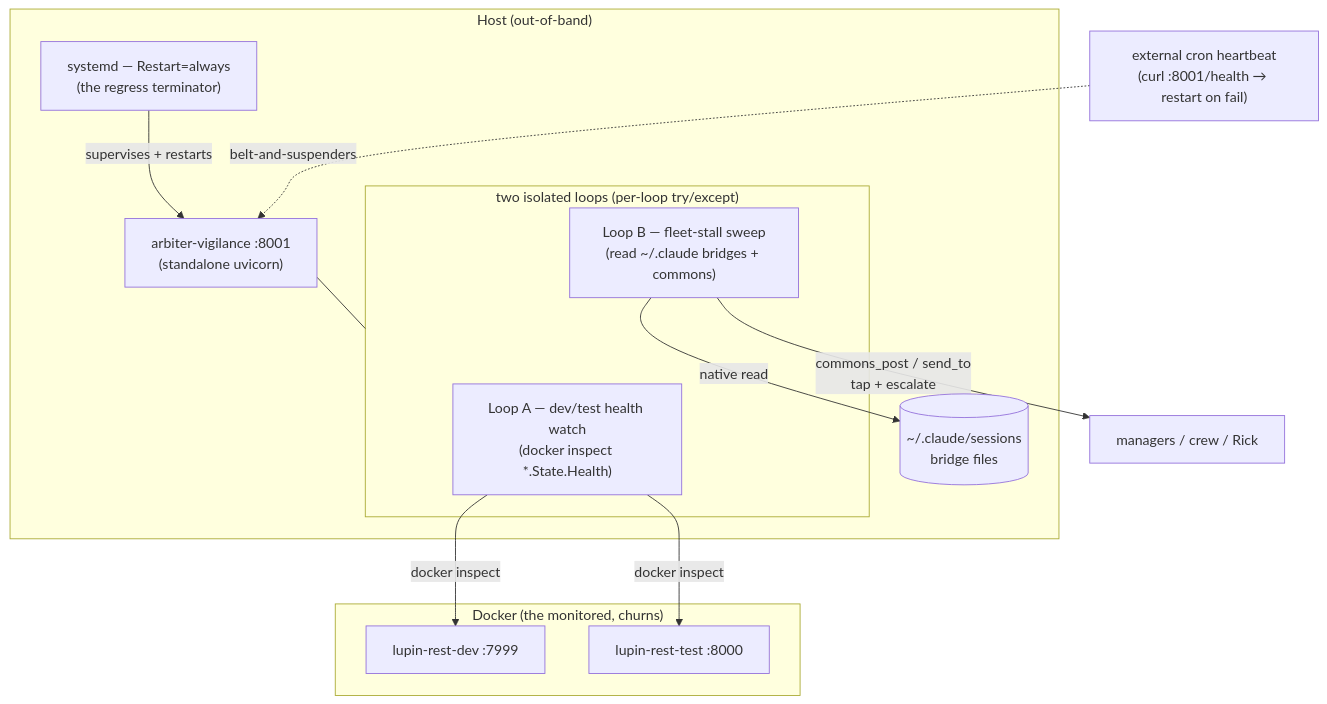
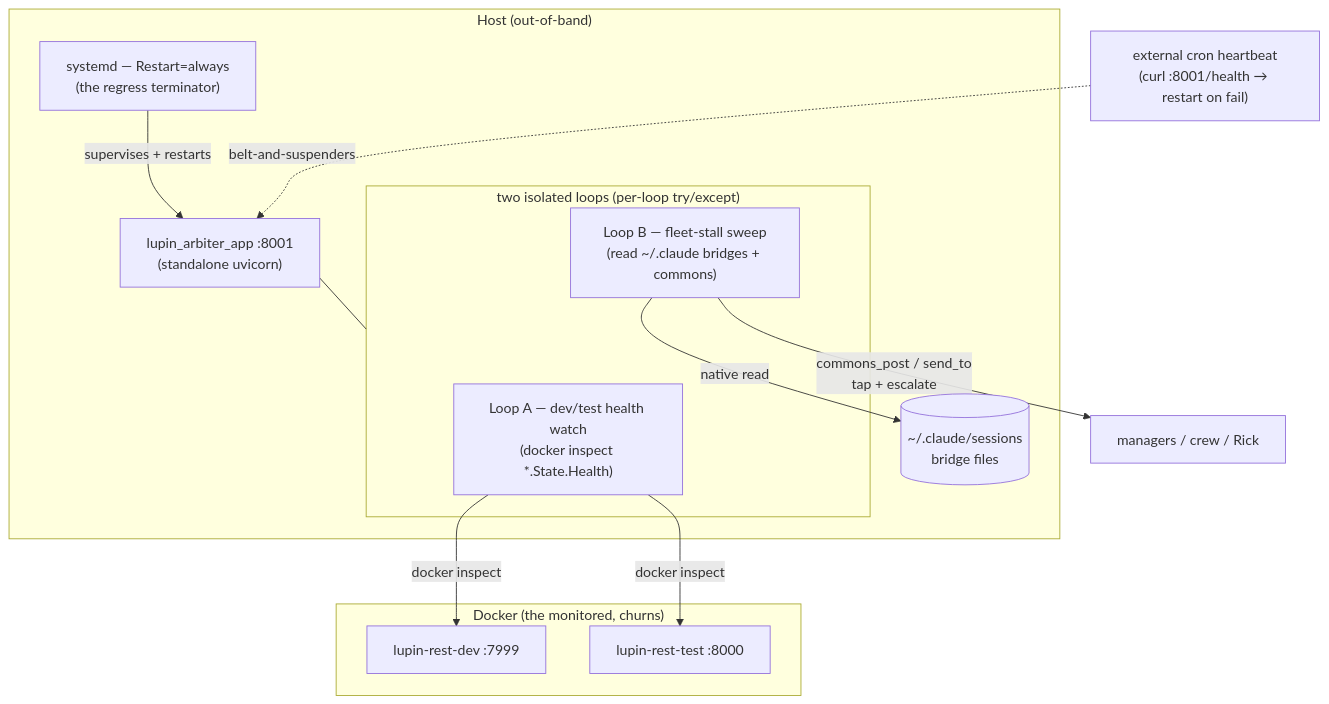
The diagram in src/rnd/2026.06.07-arbiter-deploy-architecture.md (deepily/planning-is-prompting), drawn with Mermaid before and after one commit. The commit also changed other lines of this file and 6 other files, not shown here.

First line of the commit message:
[PLAN] Session 105 checkpoint — B1 go-live ruled "after the Lupin rename" + fastapi_app→lupin_app doc sweep

````diff
--- a/src/rnd/2026.06.07-arbiter-deploy-architecture.md
+++ b/src/rnd/2026.06.07-arbiter-deploy-architecture.md
@@ -65,23 +67,23 @@
 ```mermaid
 flowchart TB
     subgraph host["Host (out-of-band)"]
         systemd["systemd — Restart=always\n(the regress terminator)"]
-        arbiter["arbiter-vigilance :8001\n(standalone uvicorn)"]
+        arbiter["lupin_arbiter_app :8001\n(standalone uvicorn)"]
         systemd -->|supervises + restarts| arbiter
         subgraph loops["two isolated loops (per-loop try/except)"]
             health["Loop A — dev/test health watch\n(docker inspect *.State.Health)"]
             fleet["Loop B — fleet-stall sweep\n(read ~/.claude bridges + commons)"]
         end
         arbiter --- loops
         bridges[("~/.claude/sessions\nbridge files")]
         fleet -->|native read| bridges
     end
     subgraph docker["Docker (the monitored, churns)"]
         dev["lupin-rest-dev :7999"]
         test["lupin-rest-test :8000"]
     end
     health -->|docker inspect| dev
     health -->|docker inspect| test
     fleet -->|commons_post / send_to\ntap + escalate| peers["managers / crew / Rick"]
     cron["external cron heartbeat\n(curl :8001/health → restart on fail)"] -.->|belt-and-suspenders| arbiter
 ```
````
